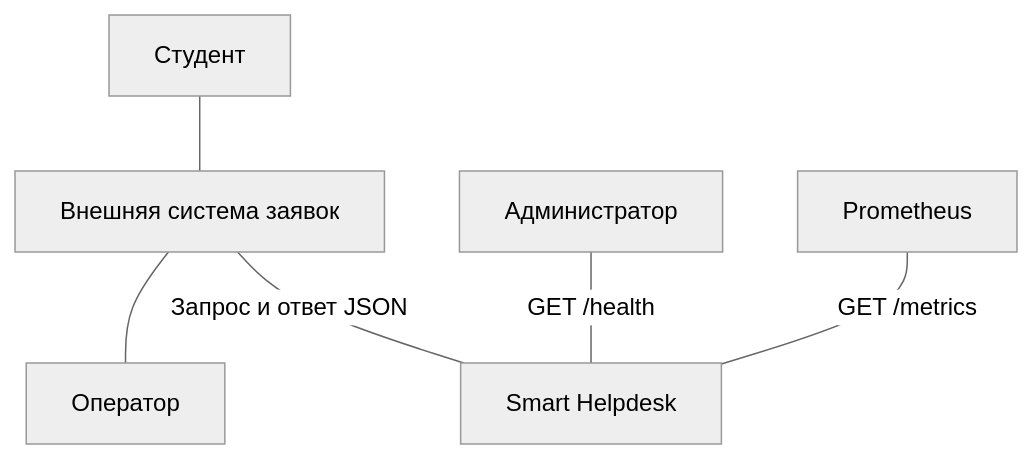
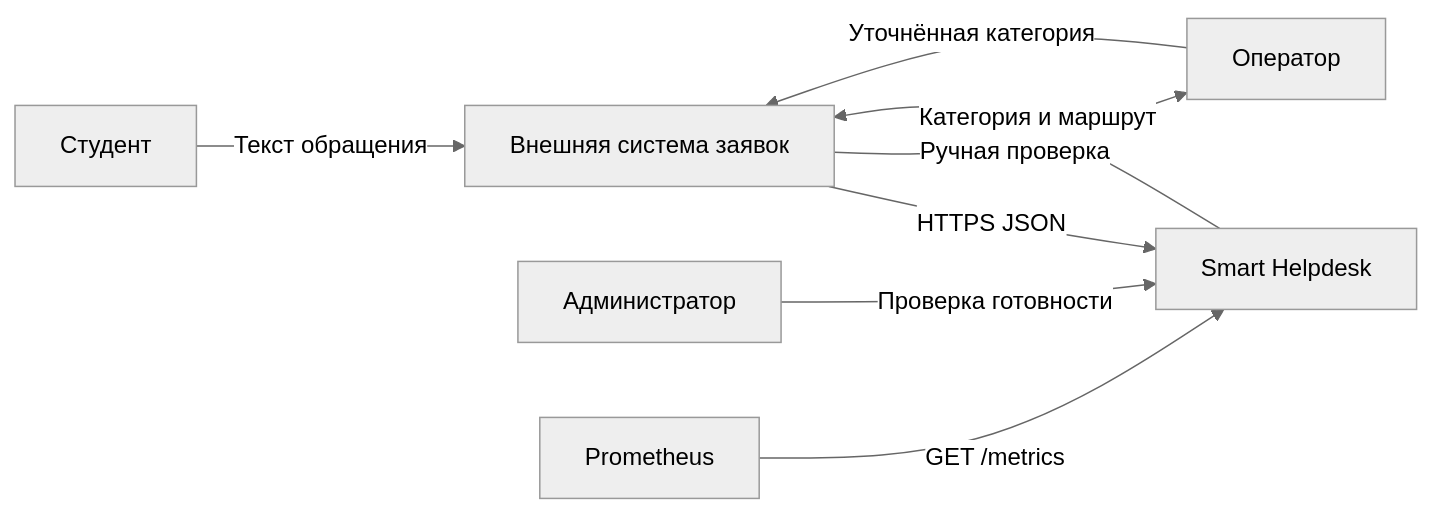
The first of 2 diagrams in README.md (ovv20062009-afk/Smart-Helpdesk), drawn with Mermaid (neutral theme) before and after one commit. The commit also changed other lines of this file, not shown here.

````diff
--- a/README.md
+++ b/README.md
@@ -42,8 +42,10 @@
 ```mermaid
-flowchart TB
-    Student[Студент] --- Tickets[Внешняя система заявок]
-    Tickets ---|Запрос и ответ JSON| AI[Smart Helpdesk]
-    Tickets --- Operator[Оператор]
-    Admin[Администратор] ---|GET /health| AI
-    Monitor[Prometheus] ---|GET /metrics| AI
+flowchart LR
+    Student[Студент] -->|Текст обращения| Tickets[Внешняя система заявок]
+    Tickets -->|HTTPS JSON| Helpdesk[Smart Helpdesk]
+    Helpdesk -->|Категория и маршрут| Tickets
+    Tickets -->|Ручная проверка| Operator[Оператор]
+    Operator -->|Уточнённая категория| Tickets
+    Admin[Администратор] -->|Проверка готовности| Helpdesk
+    Monitor[Prometheus] -->|GET /metrics| Helpdesk
 ```
````
